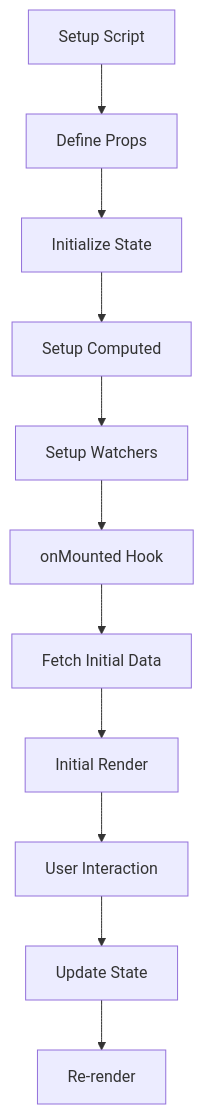
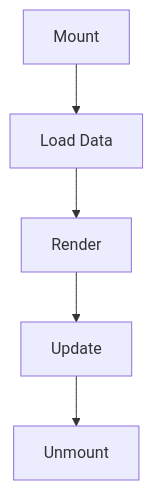
The seventh of 9 diagrams in docs/FLOW_DIAGRAMS.md (cmdav/salesbook-frontend), drawn with Mermaid before and after one commit. The commit also changed other lines of this file, not shown here.

Commit message:
updated flow

````diff
--- a/docs/FLOW_DIAGRAMS.md
+++ b/docs/FLOW_DIAGRAMS.md
@@ -129,13 +58,7 @@
 ```mermaid
 graph TD
-    Setup[Setup Script] --> Props[Define Props]
-    Props --> State[Initialize State]
-    State --> Computed[Setup Computed]
-    Computed --> Watch[Setup Watchers]
-    Watch --> Mount[onMounted Hook]
-    Mount --> Fetch[Fetch Initial Data]
-    Fetch --> Render[Initial Render]
-    Render --> Interact[User Interaction]
-    Interact --> Update[Update State]
-    Update --> Rerender[Re-render]
+    A[Mount] --> B[Load Data]
+    B --> C[Render]
+    C --> D[Update]
+    D --> E[Unmount]
 ```
````
